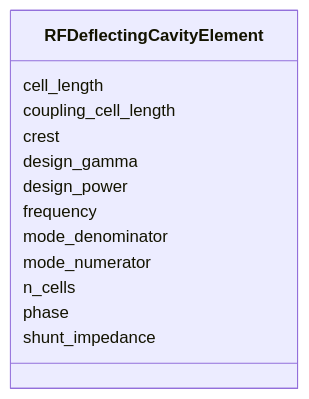
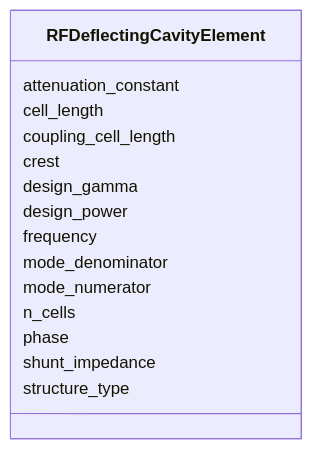
One commit to astec-stfc/laura changed the diagram in docs/source/schema/RFDeflectingCavityElement.md. Above: the diagram before and after it, drawn with Mermaid. The commit also changed other lines of this file and 71 other files, not shown here.

````diff
--- a/docs/source/schema/RFDeflectingCavityElement.md
+++ b/docs/source/schema/RFDeflectingCavityElement.md
@@ -18,28 +18,32 @@
 ```mermaid
  classDiagram
     class RFDeflectingCavityElement
     click RFDeflectingCavityElement href "../RFDeflectingCavityElement/"
+      RFDeflectingCavityElement : attenuation_constant
+        
       RFDeflectingCavityElement : cell_length
         
       RFDeflectingCavityElement : coupling_cell_length
         
       RFDeflectingCavityElement : crest
         
       RFDeflectingCavityElement : design_gamma
         
       RFDeflectingCavityElement : design_power
         
       RFDeflectingCavityElement : frequency
         
       RFDeflectingCavityElement : mode_denominator
         
       RFDeflectingCavityElement : mode_numerator
         
       RFDeflectingCavityElement : n_cells
         
       RFDeflectingCavityElement : phase
         
       RFDeflectingCavityElement : shunt_impedance
         
+      RFDeflectingCavityElement : structure_type
+        
       
 ```
````
